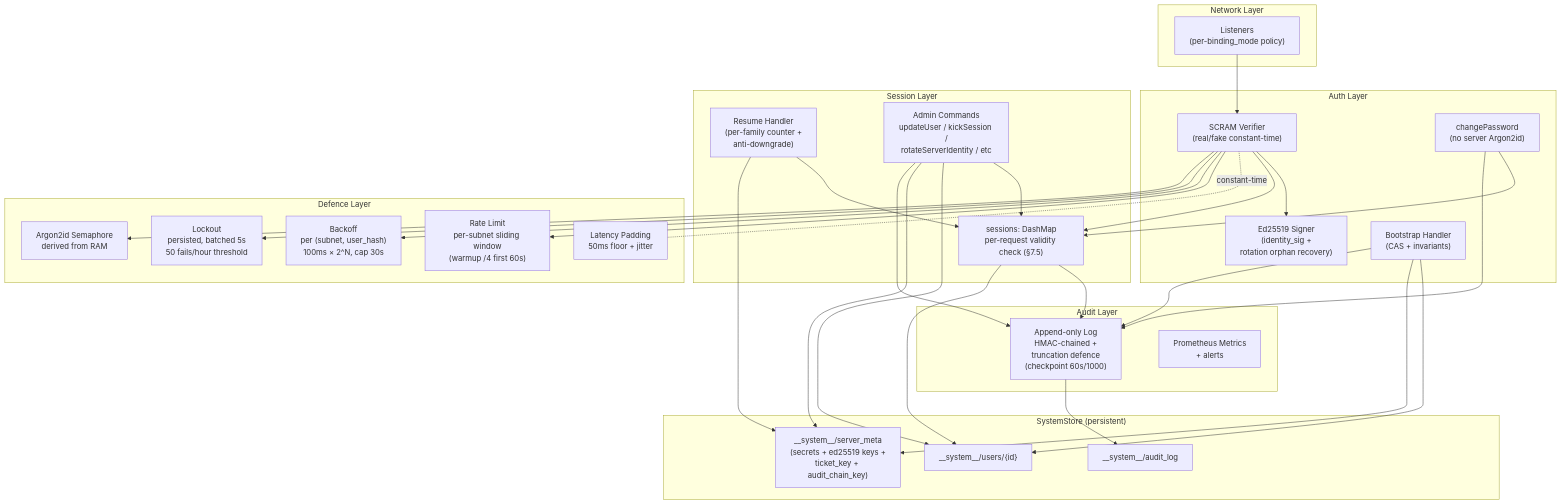
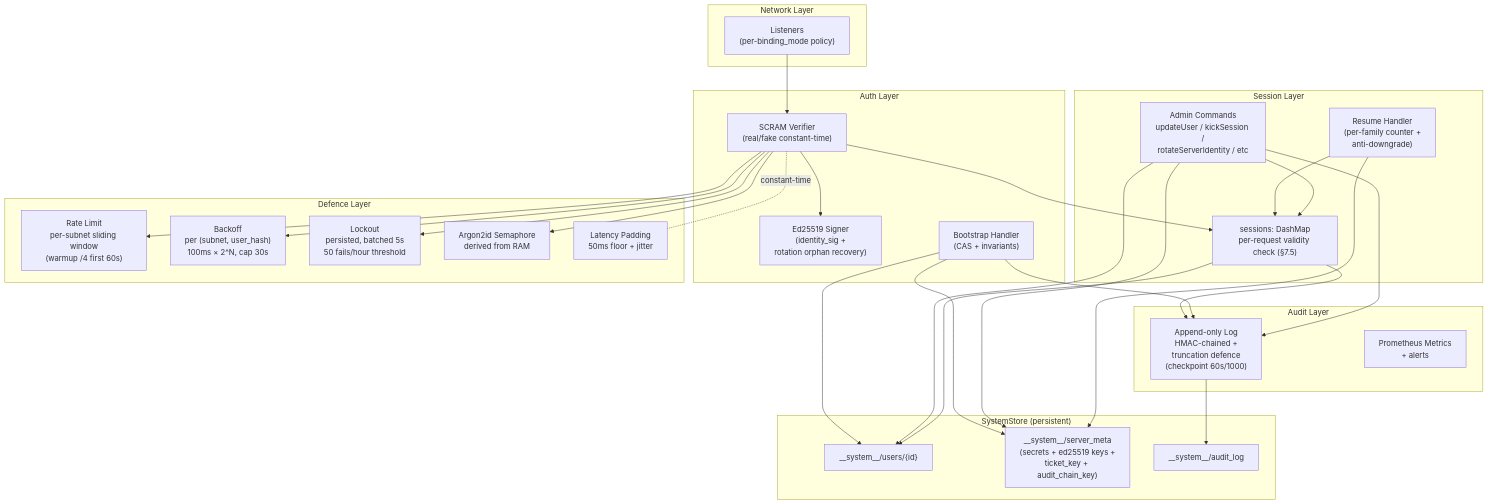
One commit to PHPCraftdream/shamir-db changed the second of 3 diagrams in docs/client-server-protocol-spec/diagrams/11-component-overview.md. Above: the diagram before and after it, drawn with Mermaid. The commit also changed 21 other files, not shown here.

````diff
--- a/docs/client-server-protocol-spec/diagrams/11-component-overview.md
+++ b/docs/client-server-protocol-spec/diagrams/11-component-overview.md
@@ -43,64 +43,61 @@
 ```mermaid
 flowchart TB
     subgraph "Network Layer"
         Listeners["Listeners<br/>(per-binding_mode policy)"]
     end
     
     subgraph "Auth Layer"
         SCRAM["SCRAM Verifier<br/>(real/fake constant-time)"]
         Identity["Ed25519 Signer<br/>(identity_sig +<br/>rotation orphan recovery)"]
         Bootstrap["Bootstrap Handler<br/>(CAS + invariants)"]
-        ChangePw["changePassword<br/>(no server Argon2id)"]
     end
     
     subgraph "Session Layer"
         Sessions["sessions: DashMap<sid, Session><br/>per-request validity check (§7.5)"]
         Resume["Resume Handler<br/>(per-family counter +<br/>anti-downgrade)"]
         AdminCmds["Admin Commands<br/>updateUser / kickSession /<br/>rotateServerIdentity / etc"]
     end
     
     subgraph "Defence Layer"
         RateLimit["Rate Limit<br/>per-subnet sliding window<br/>(warmup /4 first 60s)"]
         Backoff["Backoff<br/>per (subnet, user_hash)<br/>100ms × 2^N, cap 30s"]
         Lockout["Lockout<br/>persisted, batched 5s<br/>50 fails/hour threshold"]
         Semaphore["Argon2id Semaphore<br/>derived from RAM"]
         Latency["Latency Padding<br/>50ms floor + jitter"]
     end
     
     subgraph "Audit Layer"
         AuditLog["Append-only Log<br/>HMAC-chained +<br/>truncation defence<br/>(checkpoint 60s/1000)"]
         Metrics["Prometheus Metrics<br/>+ alerts"]
     end
     
     subgraph "SystemStore (persistent)"
         Users["__system__/users/{id}"]
         Meta["__system__/server_meta<br/>(secrets + ed25519 keys +<br/>ticket_key + audit_chain_key)"]
         AuditDB["__system__/audit_log"]
     end
     
     Listeners --> SCRAM
     SCRAM --> Identity
     SCRAM --> Sessions
     Bootstrap --> Users
     Bootstrap --> Meta
-    ChangePw --> Sessions
     Resume --> Sessions
     AdminCmds --> Sessions
     AdminCmds --> Users
     AdminCmds --> Meta
     
     SCRAM -.constant-time.- Latency
     SCRAM --> RateLimit
     SCRAM --> Backoff
     SCRAM --> Lockout
     SCRAM --> Semaphore
     
     Sessions --> AuditLog
     Bootstrap --> AuditLog
-    ChangePw --> AuditLog
     AdminCmds --> AuditLog
     
     AuditLog --> AuditDB
     Sessions --> Users
     Resume --> Meta
 ```
````
